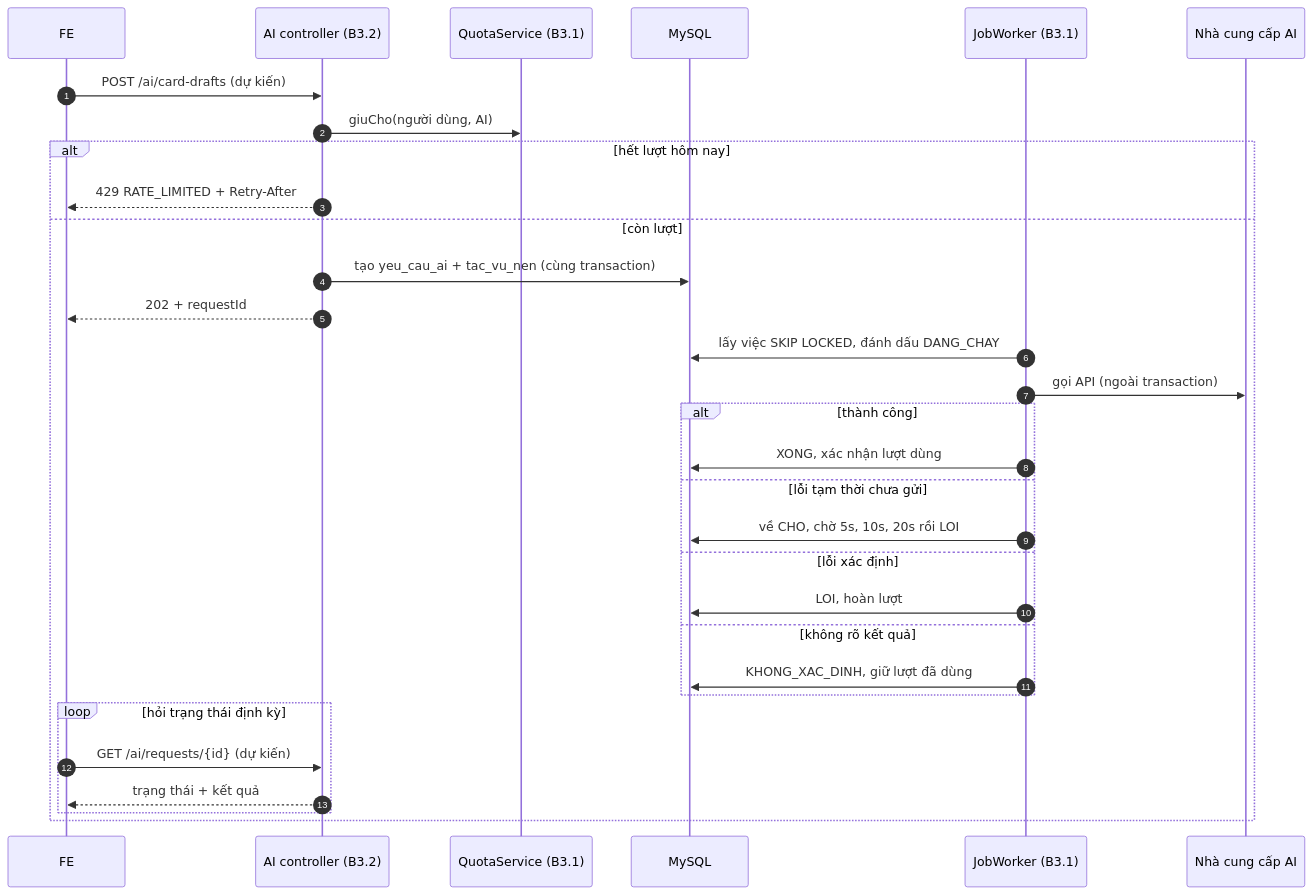
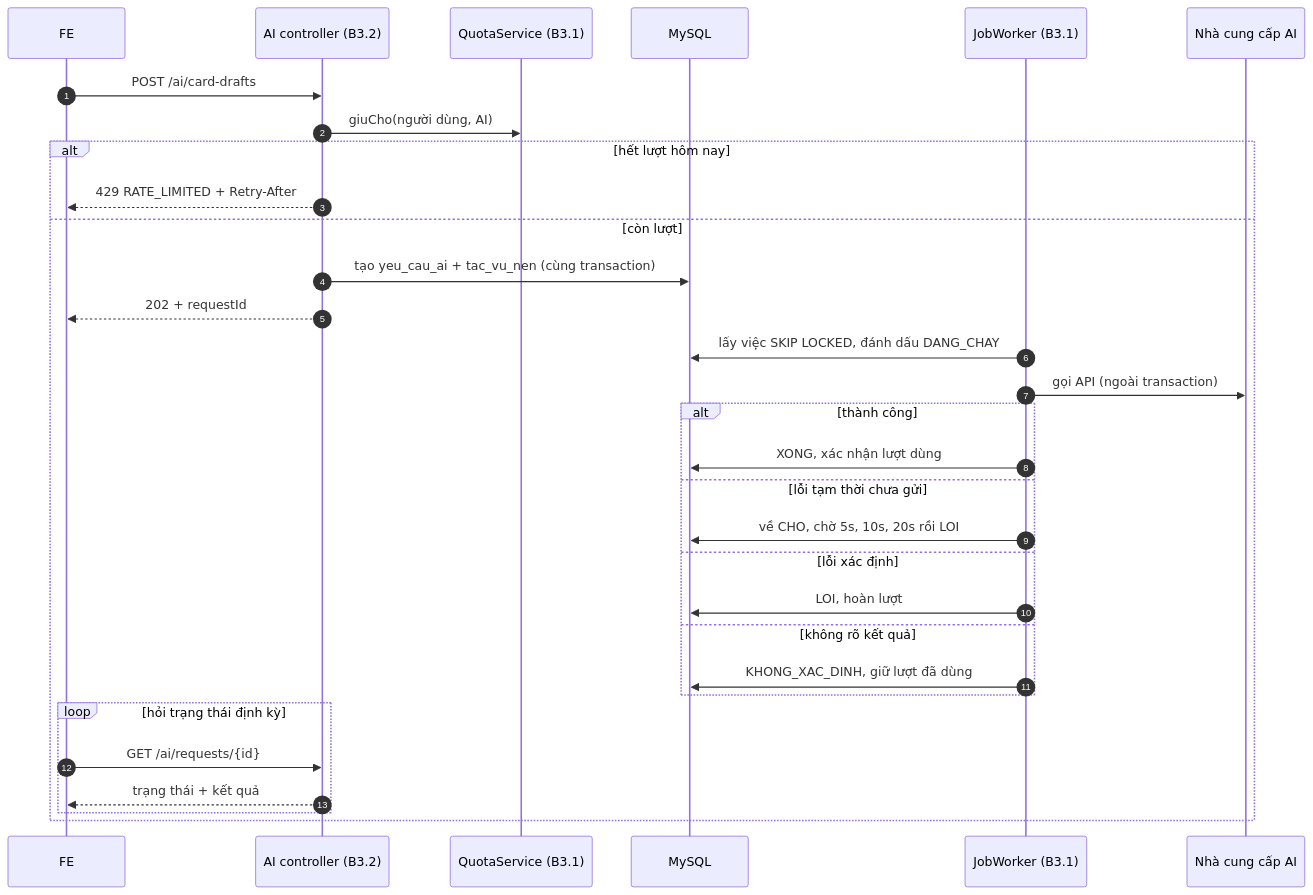
One commit to KLTN-12-2026/Nhom22 changed the diagram in ban-giao-cho fe/SPRINT_3_BAO_CAO_BE_BAN_GIAO_CHO_FE.md. Above: the diagram before and after it, drawn with Mermaid. The commit also changed other lines of this file and 30 other files, not shown here.

````diff
--- a/ban-giao-cho fe/SPRINT_3_BAO_CAO_BE_BAN_GIAO_CHO_FE.md
+++ b/ban-giao-cho fe/SPRINT_3_BAO_CAO_BE_BAN_GIAO_CHO_FE.md
@@ -71,33 +76,33 @@
 ```mermaid
 sequenceDiagram
     autonumber
     participant FE
     participant API as AI controller (B3.2)
     participant Q as QuotaService (B3.1)
     participant DB as MySQL
     participant W as JobWorker (B3.1)
     participant AI as Nhà cung cấp AI
-    FE->>API: POST /ai/card-drafts (dự kiến)
+    FE->>API: POST /ai/card-drafts
     API->>Q: giuCho(người dùng, AI)
     alt hết lượt hôm nay
         API-->>FE: 429 RATE_LIMITED + Retry-After
     else còn lượt
         API->>DB: tạo yeu_cau_ai + tac_vu_nen (cùng transaction)
         API-->>FE: 202 + requestId
         W->>DB: lấy việc SKIP LOCKED, đánh dấu DANG_CHAY
         W->>AI: gọi API (ngoài transaction)
         alt thành công
             W->>DB: XONG, xác nhận lượt dùng
         else lỗi tạm thời chưa gửi
             W->>DB: về CHO, chờ 5s, 10s, 20s rồi LOI
         else lỗi xác định
             W->>DB: LOI, hoàn lượt
         else không rõ kết quả
             W->>DB: KHONG_XAC_DINH, giữ lượt đã dùng
         end
         loop hỏi trạng thái định kỳ
-            FE->>API: GET /ai/requests/{id} (dự kiến)
+            FE->>API: GET /ai/requests/{id}
             API-->>FE: trạng thái + kết quả
         end
     end
 ```
````
